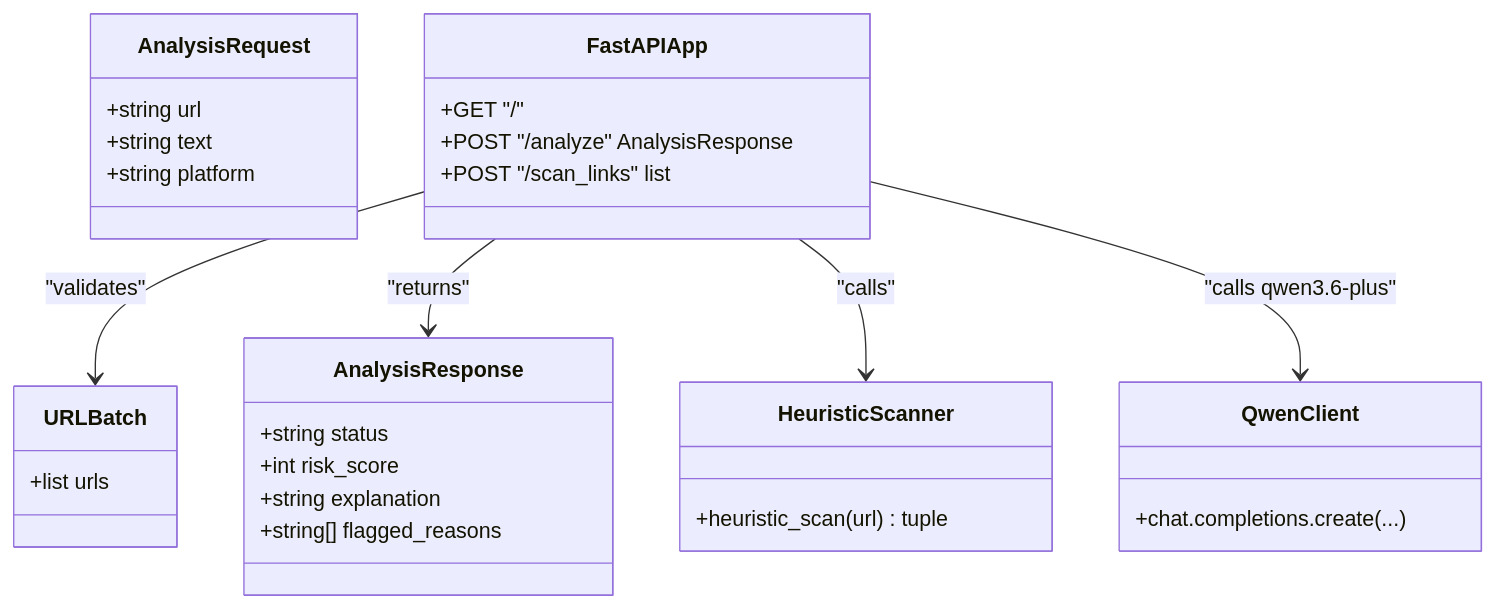
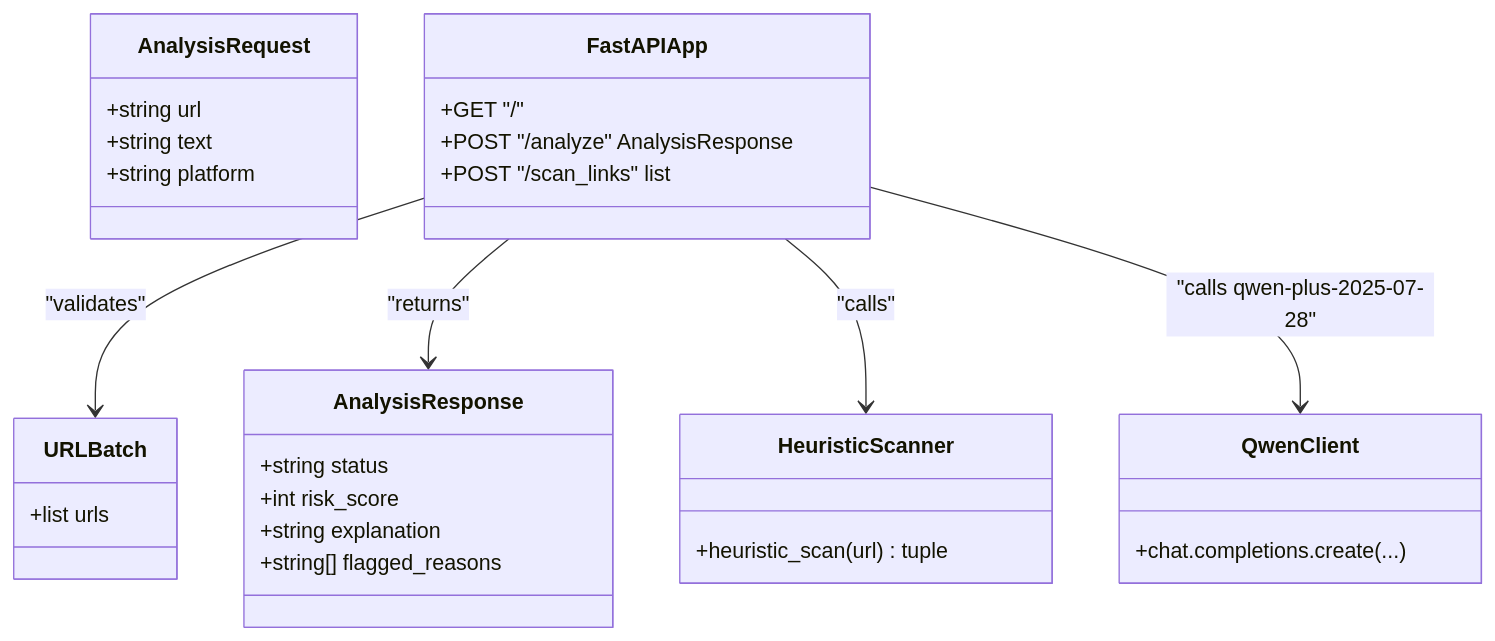
The sixth of 8 diagrams in .qoder/repowiki/en/content/Threat Detection Engine.md (Aymanaahh/scrollguard-ai), drawn with Mermaid before and after one commit. The commit also changed other lines of this file and 4 other files, not shown here.

Commit message:
Updated Qwen Model to qwen3.5-plus-2026-02-15

````diff
--- a/.qoder/repowiki/en/content/Threat Detection Engine.md
+++ b/.qoder/repowiki/en/content/Threat Detection Engine.md
@@ -309,32 +309,32 @@
 ```mermaid
 classDiagram
 class AnalysisRequest {
 +string url
 +string text
 +string platform
 }
 class URLBatch {
 +list urls
 }
 class AnalysisResponse {
 +string status
 +int risk_score
 +string explanation
 +string[] flagged_reasons
 }
 class FastAPIApp {
 +GET "/"
 +POST "/analyze" AnalysisResponse
 +POST "/scan_links" list
 }
 class HeuristicScanner {
 +heuristic_scan(url) tuple
 }
 class QwenClient {
 +chat.completions.create(...)
 }
 FastAPIApp --> URLBatch : "validates"
 FastAPIApp --> AnalysisResponse : "returns"
 FastAPIApp --> HeuristicScanner : "calls"
-FastAPIApp --> QwenClient : "calls qwen3.6-plus"
+FastAPIApp --> QwenClient : "calls qwen-plus-2025-07-28"
 ```
````
